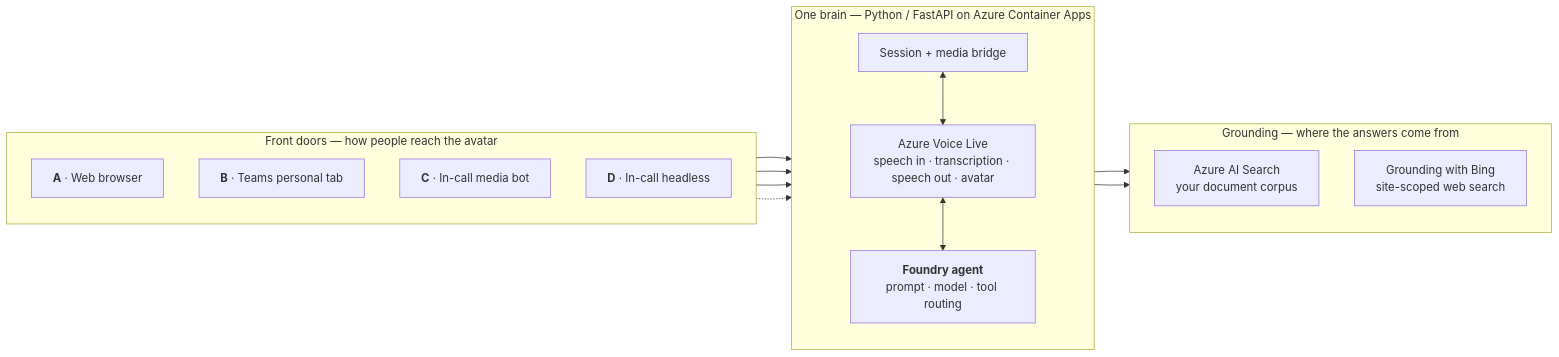
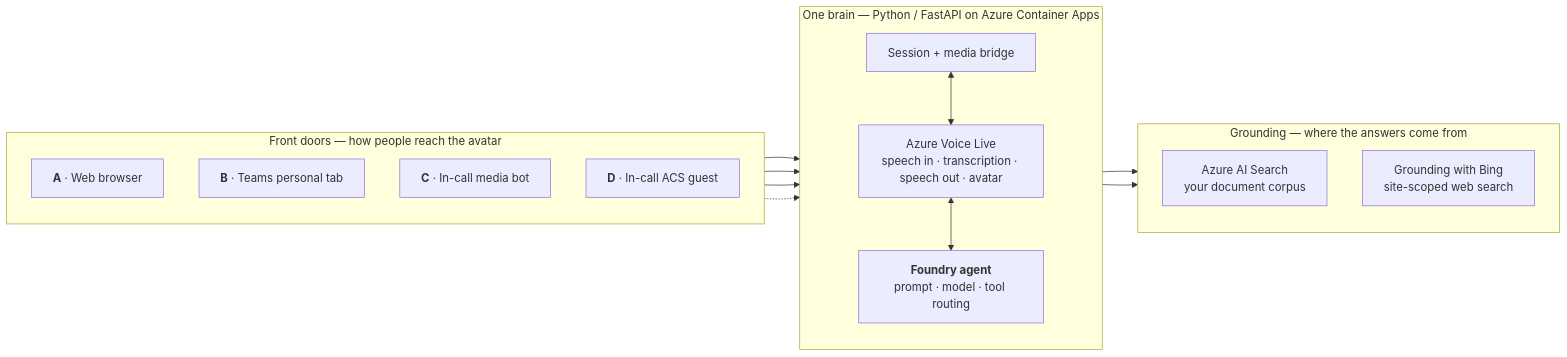
Before and after one commit to SridharArrabelly/avatar-forge: the first of 2 diagrams in README.md, drawn with Mermaid. The commit also changed other lines of this file and 50 other files, not shown here.

````diff
--- a/README.md
+++ b/README.md
@@ -33,32 +33,32 @@
 ```mermaid
 flowchart LR
     subgraph Doors["Front doors — how people reach the avatar"]
         direction TB
         A["<b>A</b> · Web browser"]
         B["<b>B</b> · Teams personal tab"]
         C["<b>C</b> · In-call media bot"]
-        D["<b>D</b> · In-call headless"]
+        D["<b>D</b> · In-call ACS guest"]
     end
 
     subgraph Brain["One brain — Python / FastAPI on Azure Container Apps"]
         direction TB
         API["Session + media bridge"]
         VL["Azure Voice Live<br/>speech in · transcription · speech out · avatar"]
         AG["<b>Foundry agent</b><br/>prompt · model · tool routing"]
         API <--> VL
         VL <--> AG
     end
 
     subgraph Ground["Grounding — where the answers come from"]
         direction TB
         S["Azure AI Search<br/>your document corpus"]
         N["Grounding with Bing<br/>site-scoped web search"]
     end
 
     A --> API
     B --> API
     C --> API
     D -.-> API
     AG --> S
     AG --> N
 ```
````
